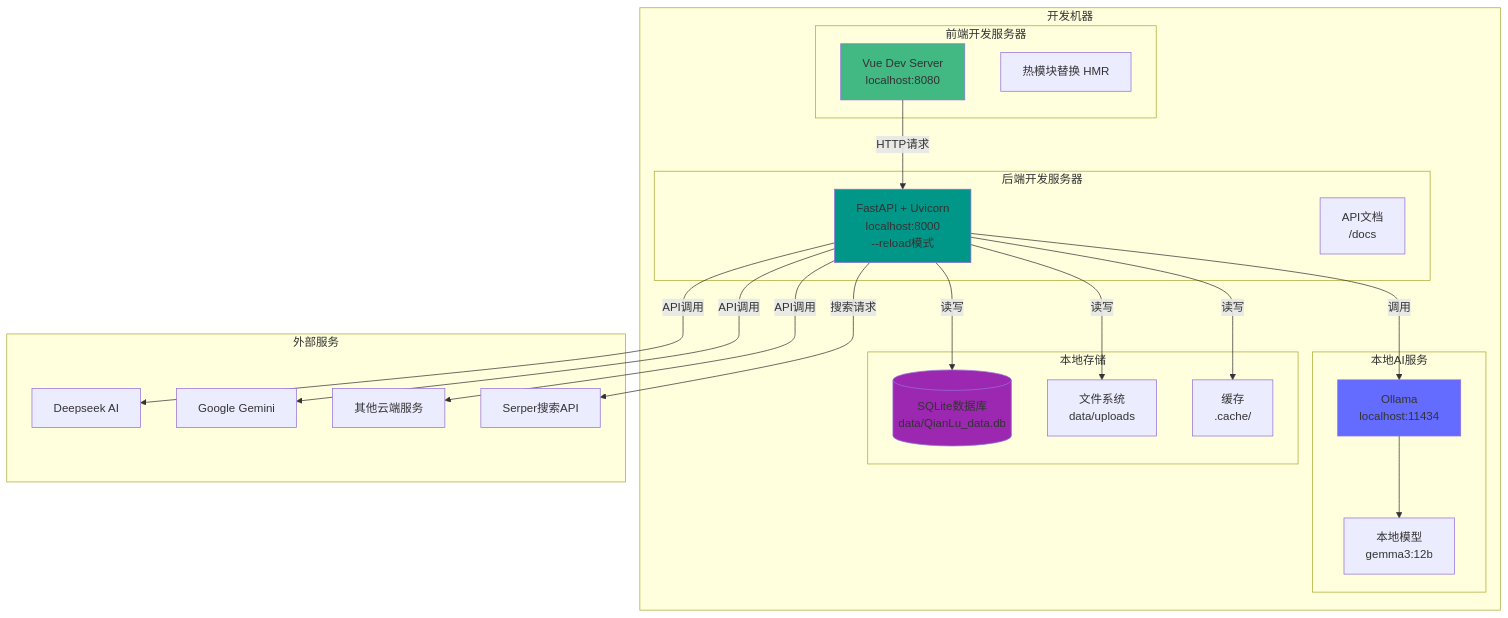
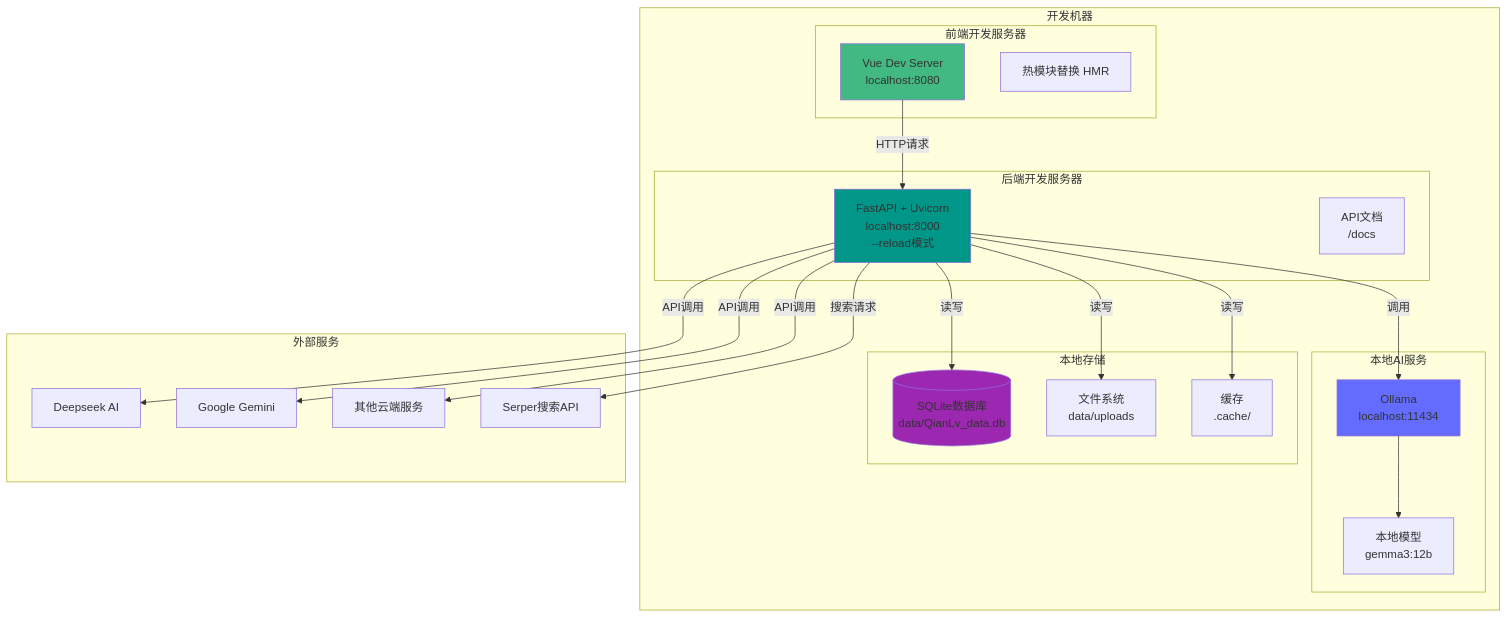
Diagram 12 of 19 in 系统架构与流程图.md (lsg1103275794/QianLu), drawn with Mermaid before and after one commit. The commit also changed other lines of this file and 10 other files, not shown here.

````diff
--- a/系统架构与流程图.md
+++ b/系统架构与流程图.md
@@ -565,44 +565,44 @@
 ```mermaid
 graph TB
     subgraph "开发机器"
         subgraph "前端开发服务器"
             FE[Vue Dev Server<br/>localhost:8080]
             FE_HMR[热模块替换 HMR]
         end
         
         subgraph "后端开发服务器"
             BE[FastAPI + Uvicorn<br/>localhost:8000<br/>--reload模式]
             BE_API[API文档<br/>/docs]
         end
         
         subgraph "本地AI服务"
             Ollama[Ollama<br/>localhost:11434]
             Models[本地模型<br/>gemma3:12b]
         end
         
         subgraph "本地存储"
-            DB[(SQLite数据库<br/>data/QianLu_data.db)]
+            DB[(SQLite数据库<br/>data/QianLv_data.db)]
             Files[文件系统<br/>data/uploads]
             Cache[缓存<br/>.cache/]
         end
     end
     
     subgraph "外部服务"
         Cloud1[Deepseek AI]
         Cloud2[Google Gemini]
         Cloud3[其他云端服务]
         Serper[Serper搜索API]
     end
     
     FE -->|HTTP请求| BE
     BE -->|调用| Ollama
     BE -->|API调用| Cloud1 & Cloud2 & Cloud3
     BE -->|搜索请求| Serper
     BE -->|读写| DB & Files & Cache
     Ollama --> Models
     
     style FE fill:#42b883
     style BE fill:#009688
     style Ollama fill:#646cff
     style DB fill:#9C27B0
 ```
````
